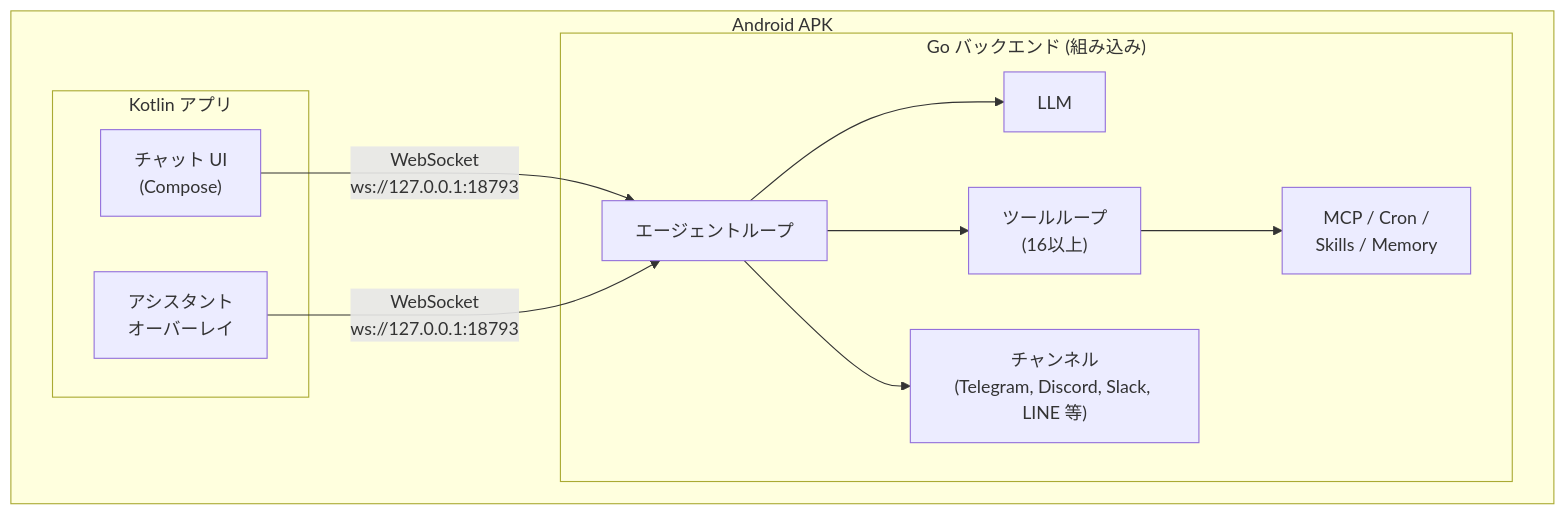
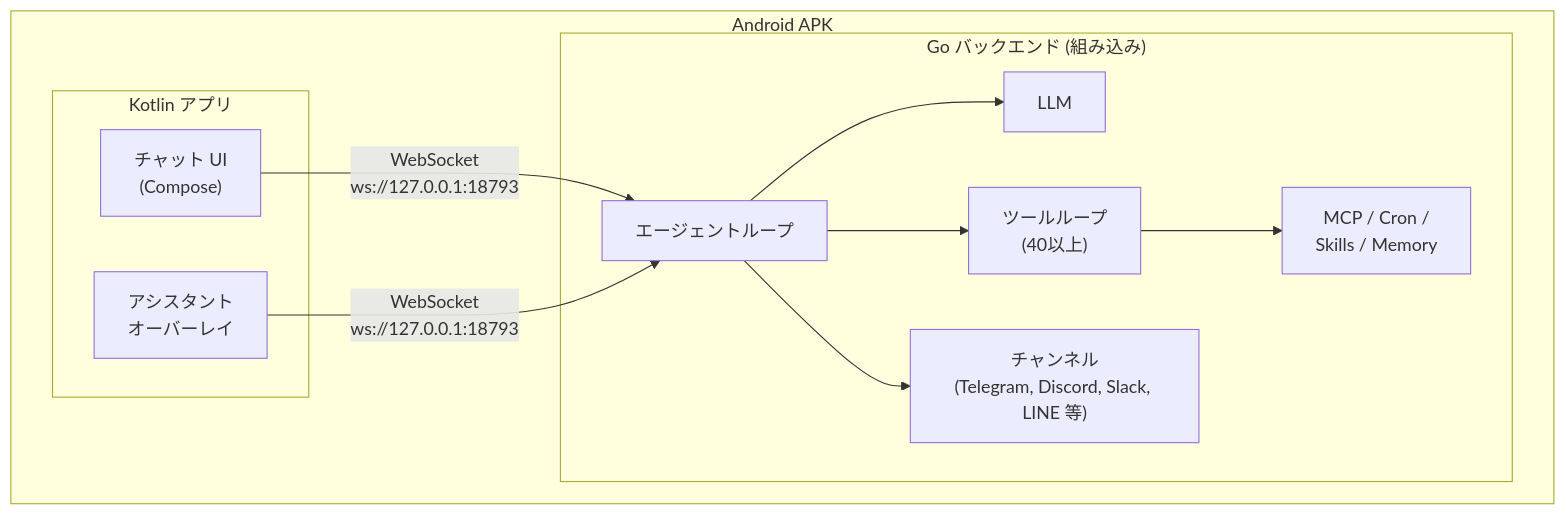
Before and after one commit to KoheiYamashita/picoclaw: the diagram in README.ja.md, drawn with Mermaid. The commit also changed other lines of this file and 2 other files, not shown here.

````diff
--- a/README.ja.md
+++ b/README.ja.md
@@ -13,24 +13,24 @@
 ```mermaid
 graph TB
     subgraph apk["Android APK"]
         subgraph android["Kotlin アプリ"]
             ChatUI["チャット UI<br/>(Compose)"]
             Overlay["アシスタント<br/>オーバーレイ"]
         end
 
         subgraph backend["Go バックエンド (組み込み)"]
             Agent["エージェントループ"]
-            Tools["ツールループ<br/>(16以上)"]
+            Tools["ツールループ<br/>(40以上)"]
             LLM["LLM"]
             Services["MCP / Cron /<br/>Skills / Memory"]
             Channels["チャンネル<br/>(Telegram, Discord, Slack, LINE 等)"]
         end
     end
 
     ChatUI -- "WebSocket<br/>ws://127.0.0.1:18793" --> Agent
     Overlay -- "WebSocket<br/>ws://127.0.0.1:18793" --> Agent
     Agent --> LLM
     Agent --> Tools
     Tools --> Services
     Agent --> Channels
 ```
````
